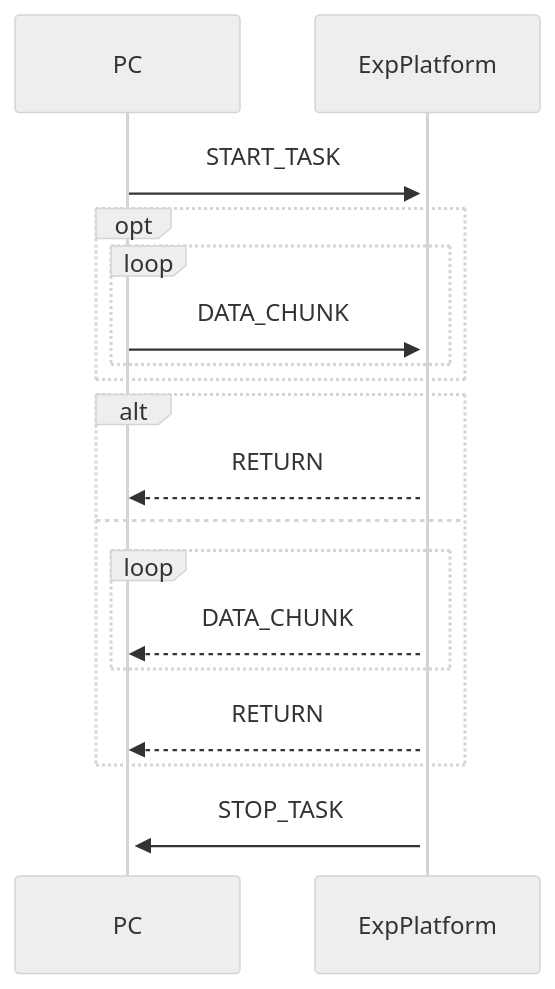
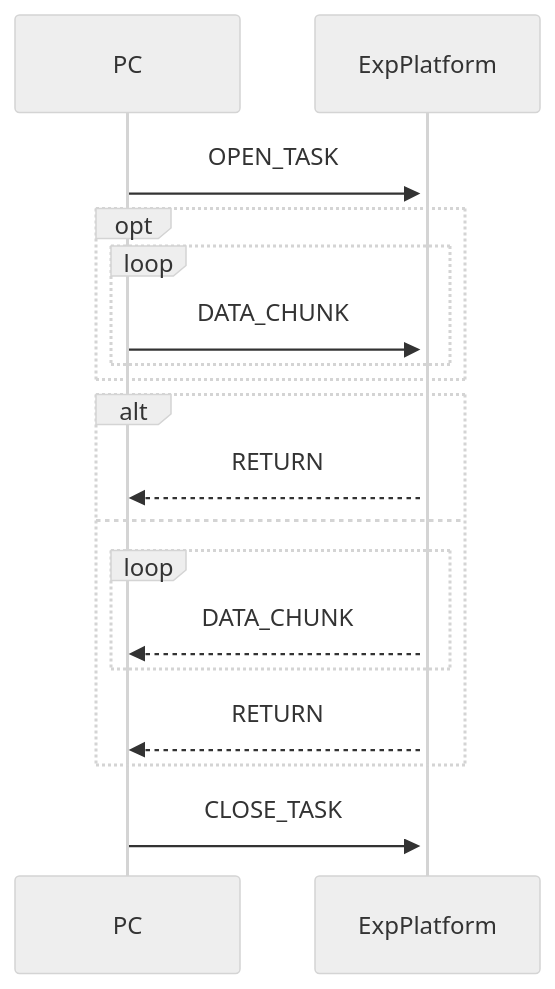
Before and after one commit to es-ude/elastic-ai.experiment-framework: the second of 2 diagrams in draft_protocol.md, drawn with Mermaid (neutral theme). The commit also changed other lines of this file, not shown here.

Commit message:
fix: correct message format in open/close task workflow

````diff
--- a/draft_protocol.md
+++ b/draft_protocol.md
@@ -111,18 +176,18 @@
 ```mermaid
 sequenceDiagram
-  PC->>+ExpPlatform: START_TASK
+  PC->>+ExpPlatform: OPEN_TASK
   opt
       loop
         PC->>ExpPlatform: DATA_CHUNK
       end
   end
   alt
     ExpPlatform-->>PC: RETURN
   else
     loop
       ExpPlatform-->>PC: DATA_CHUNK
     end
     ExpPlatform-->>PC: RETURN
   end
-   ExpPlatform->>+PC: STOP_TASK
+   PC->>ExpPlatform: CLOSE_TASK
 ```
````
